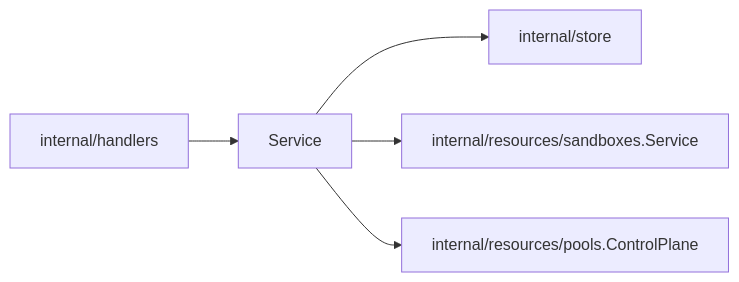
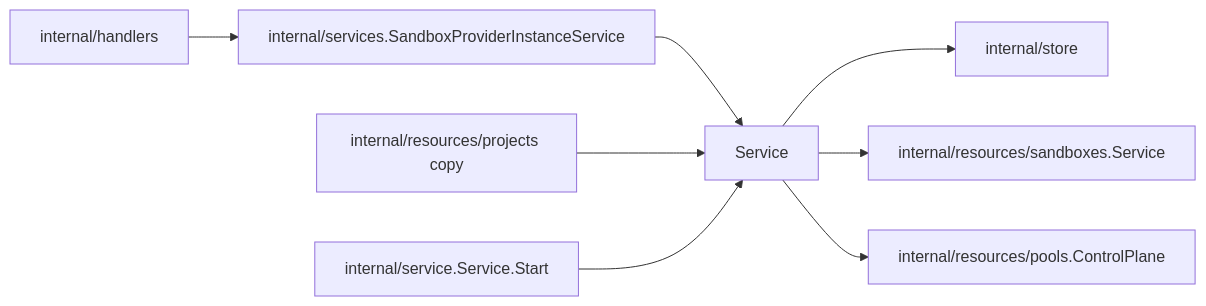
One commit to discobox-ai/discobox changed the diagram in server/internal/resources/providers/DESIGN.md. Above: the diagram before and after it, drawn with Mermaid. The commit also changed other lines of this file and 37 other files, not shown here.

````diff
--- a/server/internal/resources/providers/DESIGN.md
+++ b/server/internal/resources/providers/DESIGN.md
@@ -10,7 +11,10 @@
 ```mermaid
 flowchart LR
-    api[internal/handlers] --> service[Service]
+    handlers[internal/handlers] --> contract[internal/services.SandboxProviderInstanceService]
+    contract --> service[Service]
+    projects[internal/resources/projects copy] --> service
+    startup[internal/service.Service.Start] --> service
     service --> store[internal/store]
     service --> sandboxCatalog[internal/resources/sandboxes.Service]
     service --> pools[internal/resources/pools.ControlPlane]
 ```
````
